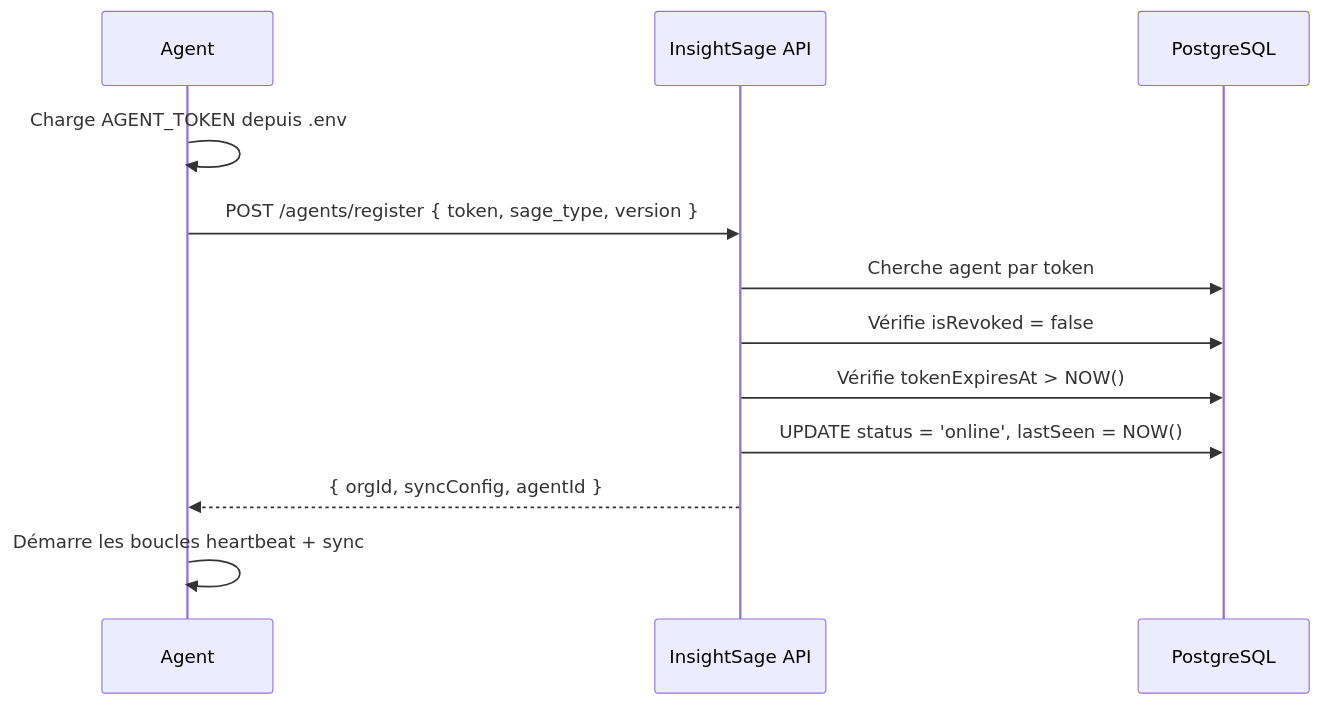
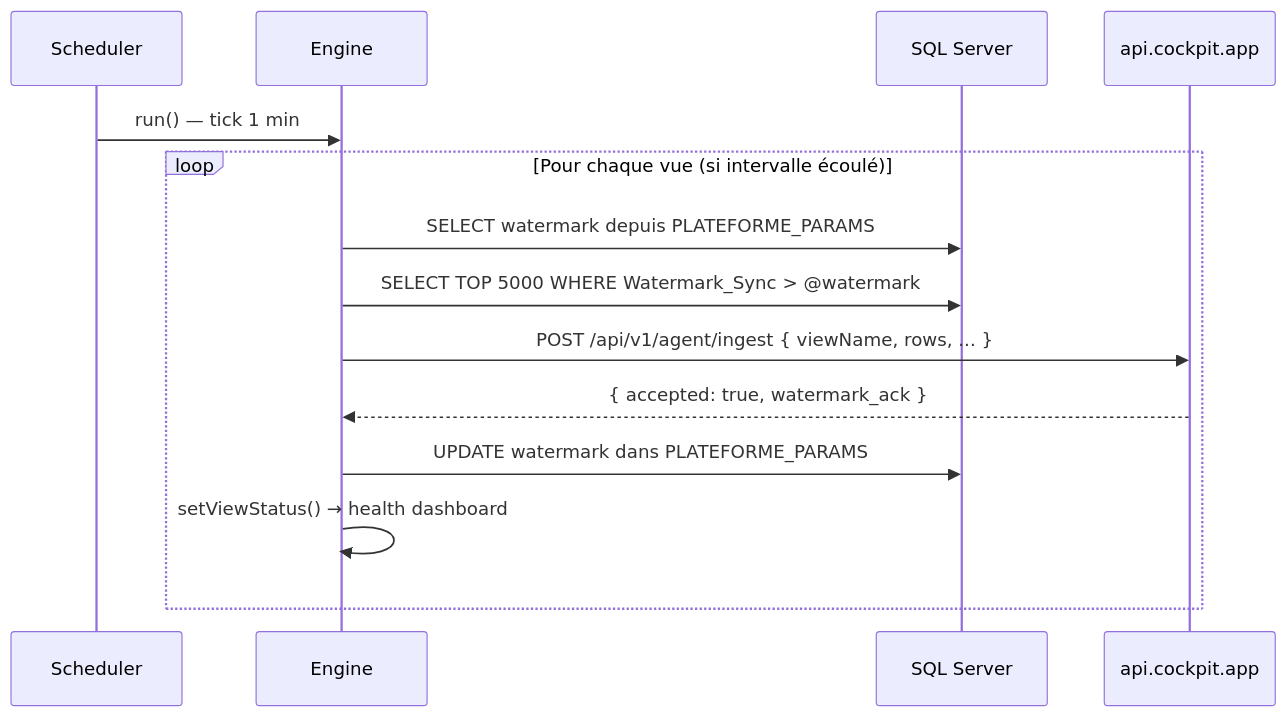
Before and after one commit to AbdoulDiouf2/Insightsage_backend: the fourth of 4 diagrams in docs/agent/overview.md, drawn with Mermaid. The commit also changed other lines of this file and 14 other files, not shown here.

Commit message:
feat: implement backend support for Cockpit Agent including authentication, ingestion, and documentation.

````diff
--- a/docs/agent/overview.md
+++ b/docs/agent/overview.md
@@ -90,15 +110,17 @@
 ```mermaid
 sequenceDiagram
-    participant AGT as Agent
-    participant API as InsightSage API
-    participant DB as PostgreSQL
+    participant SCH as Scheduler
+    participant ENG as Engine
+    participant SQL as SQL Server
+    participant API as api.cockpit.app
 
-    AGT->>AGT: Charge AGENT_TOKEN depuis .env
-    AGT->>API: POST /agents/register { token, sage_type, version }
-    API->>DB: Cherche agent par token
-    API->>DB: Vérifie isRevoked = false
-    API->>DB: Vérifie tokenExpiresAt > NOW()
-    API->>DB: UPDATE status = 'online', lastSeen = NOW()
-    API-->>AGT: { orgId, syncConfig, agentId }
-    AGT->>AGT: Démarre les boucles heartbeat + sync
+    SCH->>ENG: run() — tick 1 min
+    loop Pour chaque vue (si intervalle écoulé)
+        ENG->>SQL: SELECT watermark depuis PLATEFORME_PARAMS
+        ENG->>SQL: SELECT TOP 5000 WHERE Watermark_Sync > @watermark
+        ENG->>API: POST /api/v1/agent/ingest { viewName, rows, ... }
+        API-->>ENG: { accepted: true, watermark_ack }
+        ENG->>SQL: UPDATE watermark dans PLATEFORME_PARAMS
+        ENG->>ENG: setViewStatus() → health dashboard
+    end
 ```
````
